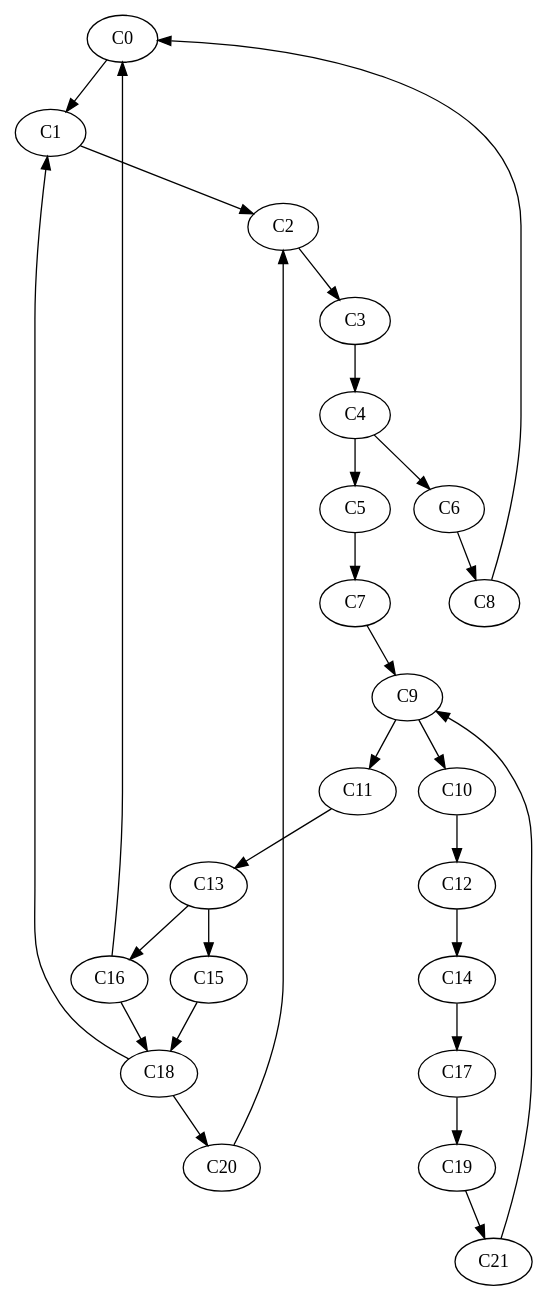
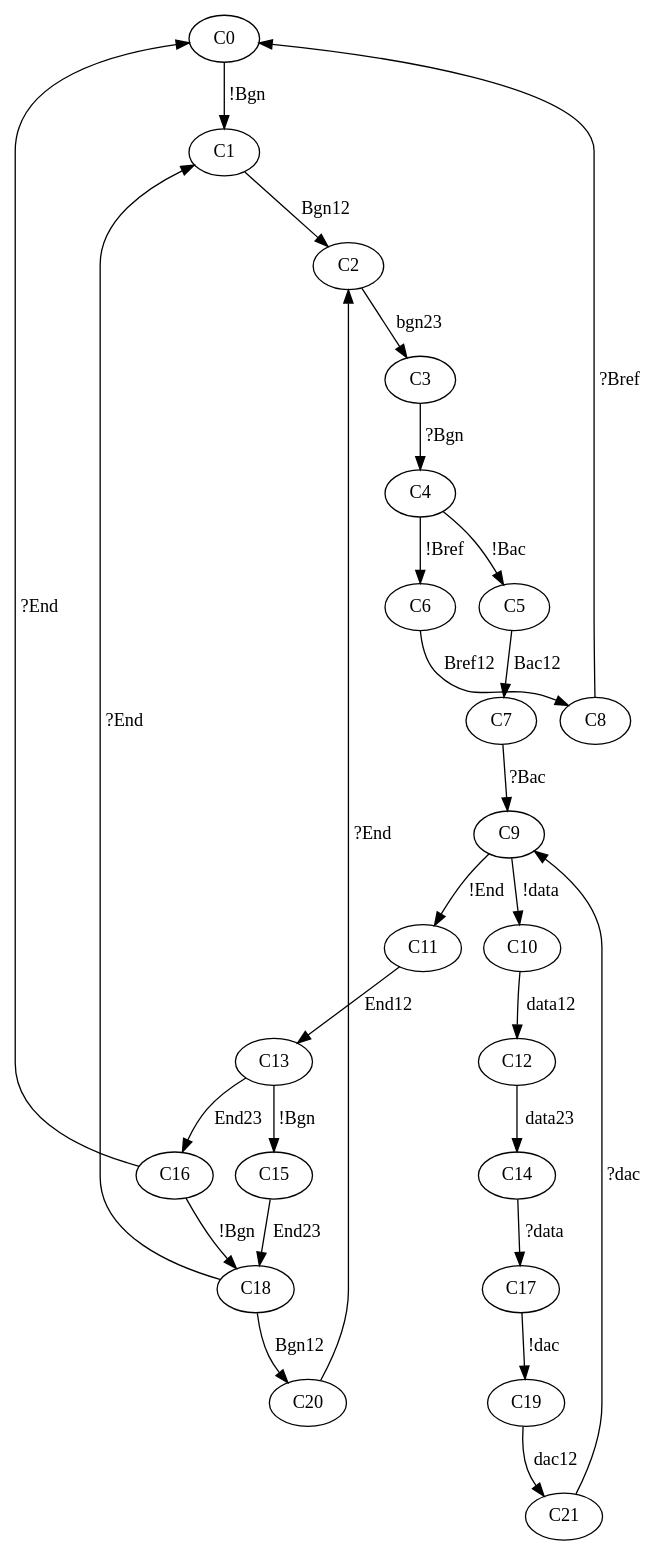
One commit to alainM44/univ-nantes-m2 changed the diagram in Formal_Software/rapport/genGraph/output.dot. Above: the diagram before and after it, drawn with Graphviz. The commit also changed 3 other files, not shown here.

Commit message:
Changement du graphe de marquages

```diff
--- a/Formal_Software/rapport/genGraph/output.dot
+++ b/Formal_Software/rapport/genGraph/output.dot
@@ -1,29 +1,29 @@
 digraph G {
-C0 -> C1;
-C1 -> C2;
-C2 -> C3;
-C3 -> C4;
-C4 -> C5;
-C4 -> C6;
-C5 -> C7;
-C6 -> C8;
-C7 -> C9;
-C8 -> C0;
-C9 -> C10;
-C9 -> C11;
-C10 -> C12;
-C11 -> C13;
-C12 -> C14;
-C13 -> C15;
-C13 -> C16;
-C14 -> C17;
-C15 -> C18;
-C16 -> C18;
-C16 -> C0;
-C17 -> C19;
-C18 -> C20;
-C18 -> C1;
-C19 -> C21;
-C20 -> C2;
-C21 -> C9;
+C0 -> C1 [label="!Bgn"];
+C1 -> C2 [label="Bgn12"];
+C2 -> C3 [label="bgn23"];
+C3 -> C4 [label="?Bgn"];
+C4 -> C5 [label="!Bac"];
+C4 -> C6 [label="!Bref"];
+C5 -> C7 [label="Bac12"];
+C6 -> C8 [label="Bref12"];
+C7 -> C9 [label="?Bac"];
+C8 -> C0 [label="?Bref"];
+C9 -> C10 [label="!data"];
+C9 -> C11 [label="!End"];
+C10 -> C12 [label="data12"];
+C11 -> C13 [label="End12"];
+C12 -> C14 [label="data23"];
+C13 -> C15 [label="!Bgn"];
+C13 -> C16 [label="End23"];
+C14 -> C17 [label="?data"];
+C15 -> C18 [label="End23"];
+C16 -> C18 [label="!Bgn"];
+C16 -> C0 [label="?End"];
+C17 -> C19 [label="!dac"];
+C18 -> C20 [label="Bgn12"];
+C18 -> C1 [label="?End"];
+C19 -> C21 [label="dac12"];
+C20 -> C2 [label="?End"];
+C21 -> C9 [label="?dac"];
 }
```
